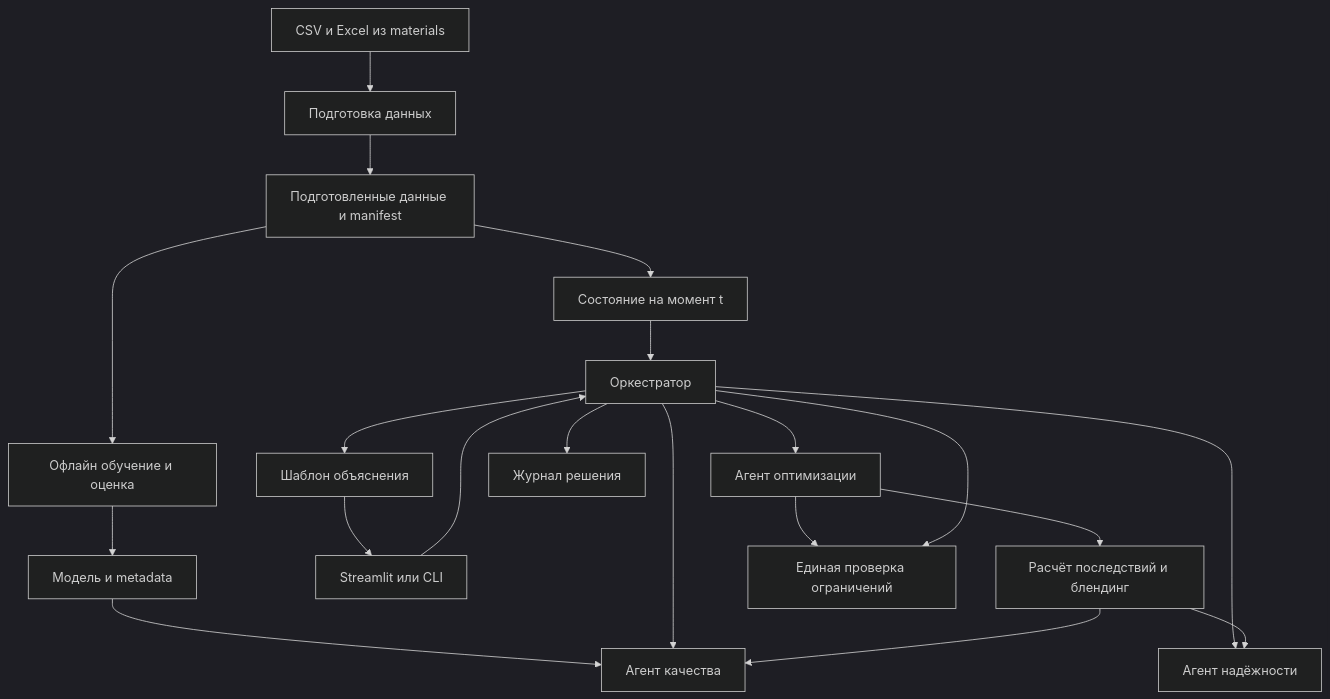
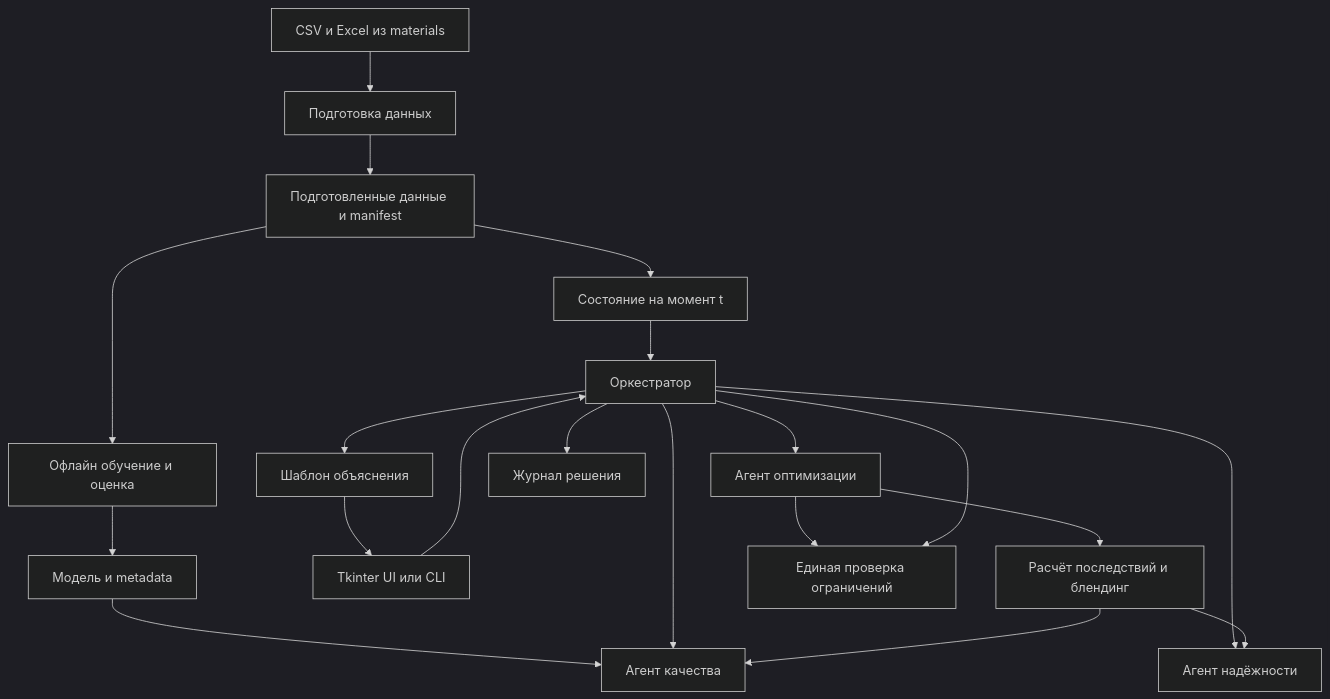
The first of 2 diagrams in DESIGN.md (bug00n/HackathonPetrolCode), drawn with Mermaid (dark theme) before and after one commit. The commit also changed other lines of this file and 9 other files, not shown here.

````diff
--- a/DESIGN.md
+++ b/DESIGN.md
@@ -41,22 +42,22 @@
 ```mermaid
 flowchart TD
     Raw[CSV и Excel из materials] --> Prepare[Подготовка данных]
     Prepare --> Store[Подготовленные данные и manifest]
     Store --> State[Состояние на момент t]
     Store --> Train[Офлайн обучение и оценка]
     Train --> Model[Модель и metadata]
-    UI[Streamlit или CLI] --> Orch[Оркестратор]
+    UI[Tkinter UI или CLI] --> Orch[Оркестратор]
     State --> Orch
     Model --> Quality[Агент качества]
     Orch --> Quality
     Orch --> Reliability[Агент надёжности]
     Orch --> Optimizer[Агент оптимизации]
     Optimizer --> Effects[Расчёт последствий и блендинг]
     Effects --> Quality
     Effects --> Reliability
     Optimizer --> Constraints[Единая проверка ограничений]
     Orch --> Constraints
     Orch --> Explain[Шаблон объяснения]
     Orch --> Journal[Журнал решения]
     Explain --> UI
 ```
````
